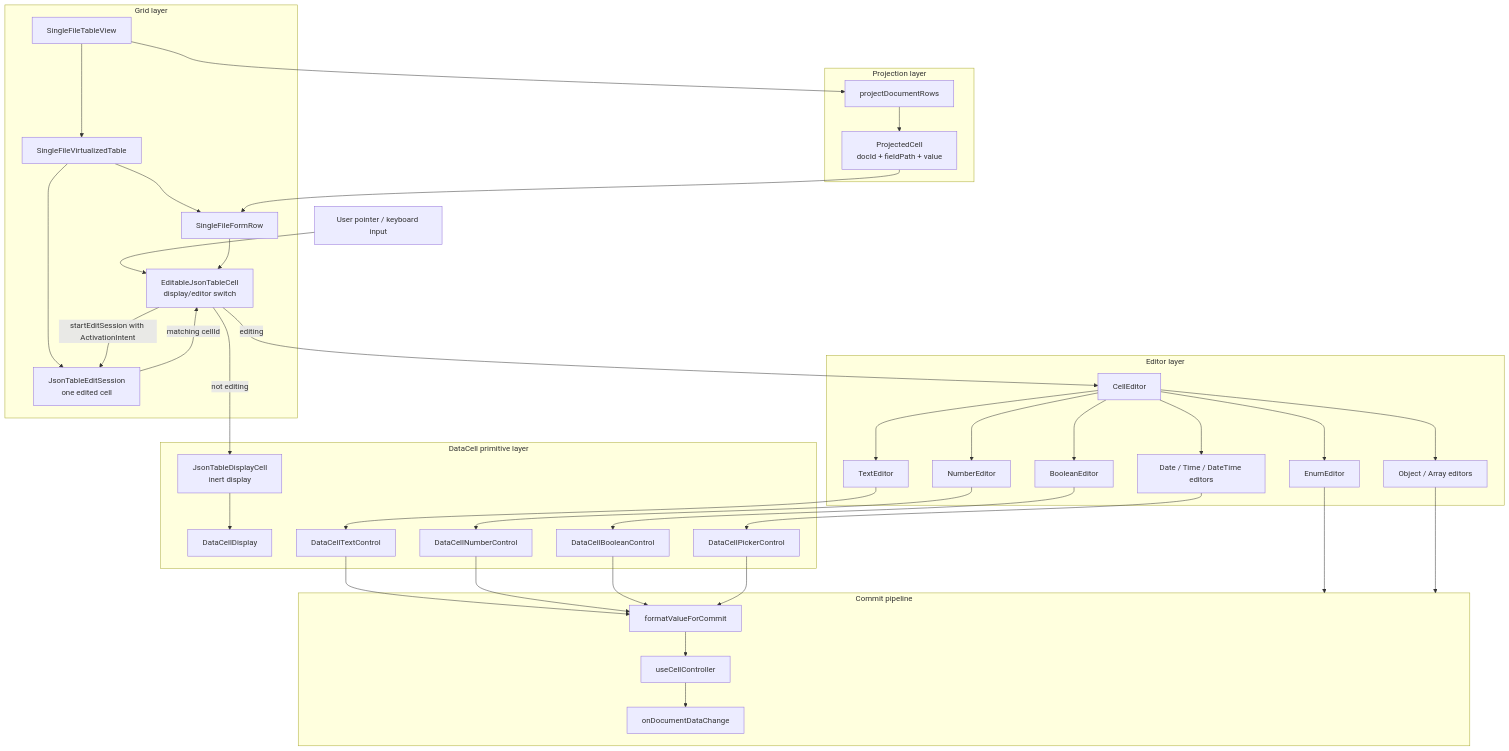
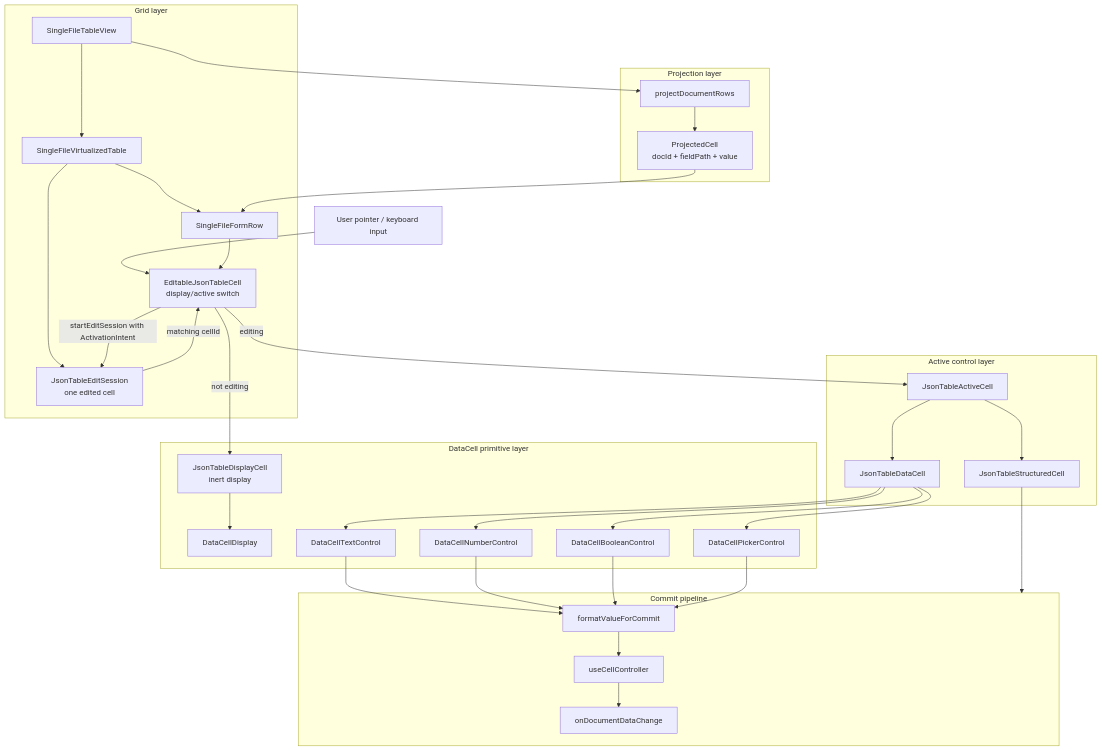
Before and after one commit to retab-dev/retab-ui: the first of 4 diagrams in components/json-table/ARCHITECTURE_DIAGRAM.md, drawn with Mermaid. The commit also changed other lines of this file and 152 other files, not shown here.

````diff
--- a/components/json-table/ARCHITECTURE_DIAGRAM.md
+++ b/components/json-table/ARCHITECTURE_DIAGRAM.md
@@ -5,75 +5,66 @@
 ```mermaid
 flowchart TD
   User["User pointer / keyboard input"]
 
   subgraph Projection["Projection layer"]
     ProjectRows["projectDocumentRows"]
     ProjectedCell["ProjectedCell<br/>docId + fieldPath + value"]
   end
 
   subgraph Grid["Grid layer"]
     TableView["SingleFileTableView"]
     VirtualTable["SingleFileVirtualizedTable"]
     EditSession["JsonTableEditSession<br/>one edited cell"]
     Row["SingleFileFormRow"]
-    Cell["EditableJsonTableCell<br/>display/editor switch"]
+    Cell["EditableJsonTableCell<br/>display/active switch"]
   end
 
-  subgraph Editors["Editor layer"]
-    Dispatch["CellEditor"]
-    Text["TextEditor"]
-    Number["NumberEditor"]
-    Boolean["BooleanEditor"]
-    Enum["EnumEditor"]
-    DateTime["Date / Time / DateTime editors"]
-    Nested["Object / Array editors"]
+  subgraph Active["Active control layer"]
+    ActiveCell["JsonTableActiveCell"]
+    DataCellControl["JsonTableDataCell"]
+    StructuredCell["JsonTableStructuredCell"]
   end
 
   subgraph DataCell["DataCell primitive layer"]
     Display["JsonTableDisplayCell<br/>inert display"]
     DataDisplay["DataCellDisplay"]
     TextControl["DataCellTextControl"]
     NumberControl["DataCellNumberControl"]
     BooleanControl["DataCellBooleanControl"]
     PickerControl["DataCellPickerControl"]
   end
 
   subgraph Commit["Commit pipeline"]
     Normalize["formatValueForCommit"]
     Controller["useCellController"]
     Patch["onDocumentDataChange"]
   end
 
   User --> Cell
   TableView --> ProjectRows --> ProjectedCell
   TableView --> VirtualTable
   VirtualTable --> EditSession
   VirtualTable --> Row --> Cell
   ProjectedCell --> Row
 
   Cell -->|not editing| Display
   Cell -->|startEditSession with ActivationIntent| EditSession
   EditSession -->|matching cellId| Cell
-  Cell -->|editing| Dispatch
+  Cell -->|editing| ActiveCell
 
-  Dispatch --> Text
-  Dispatch --> Number
-  Dispatch --> Boolean
-  Dispatch --> Enum
-  Dispatch --> DateTime
-  Dispatch --> Nested
+  ActiveCell --> DataCellControl
+  ActiveCell --> StructuredCell
 
   Display --> DataDisplay
-  Text --> TextControl
-  Number --> NumberControl
-  Boolean --> BooleanControl
-  DateTime --> PickerControl
-  Enum --> Commit
-  Nested --> Commit
+  DataCellControl --> TextControl
+  DataCellControl --> NumberControl
+  DataCellControl --> BooleanControl
+  DataCellControl --> PickerControl
+  StructuredCell --> Commit
 
   TextControl --> Normalize
   NumberControl --> Normalize
   BooleanControl --> Normalize
   PickerControl --> Normalize
   Normalize --> Controller --> Patch
 ```
````
